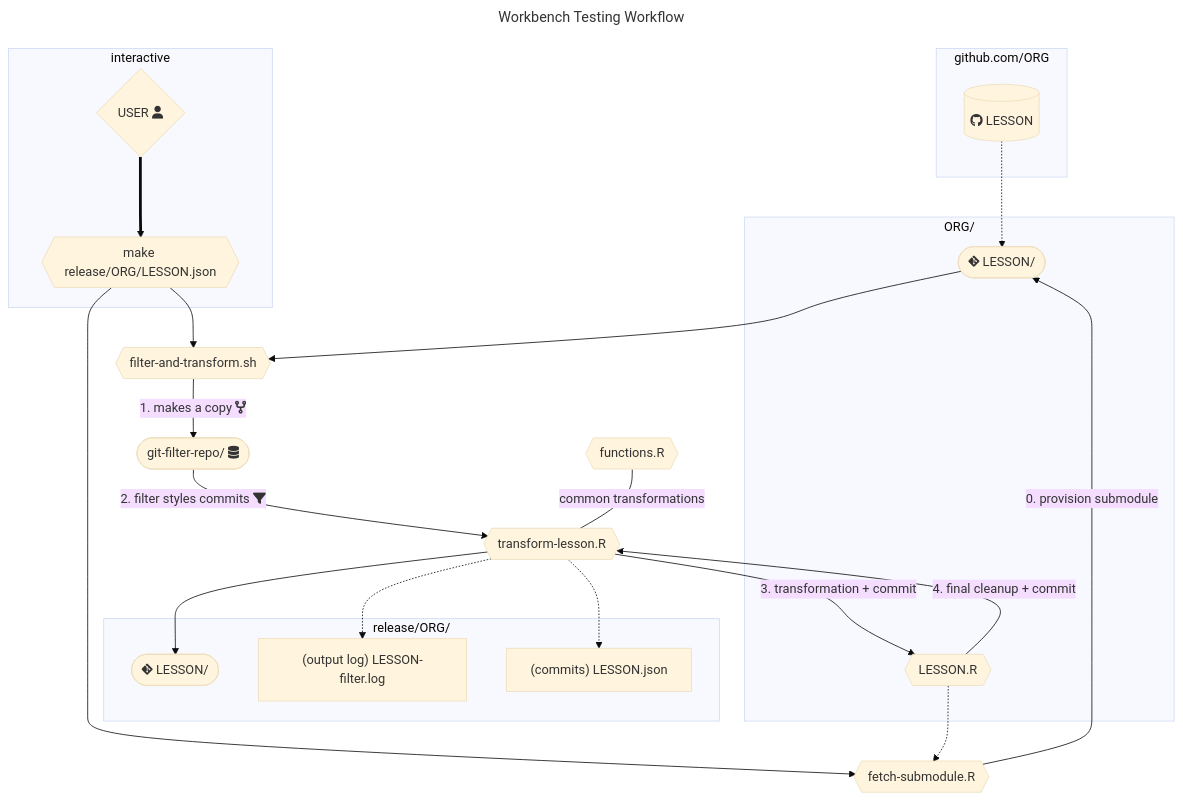
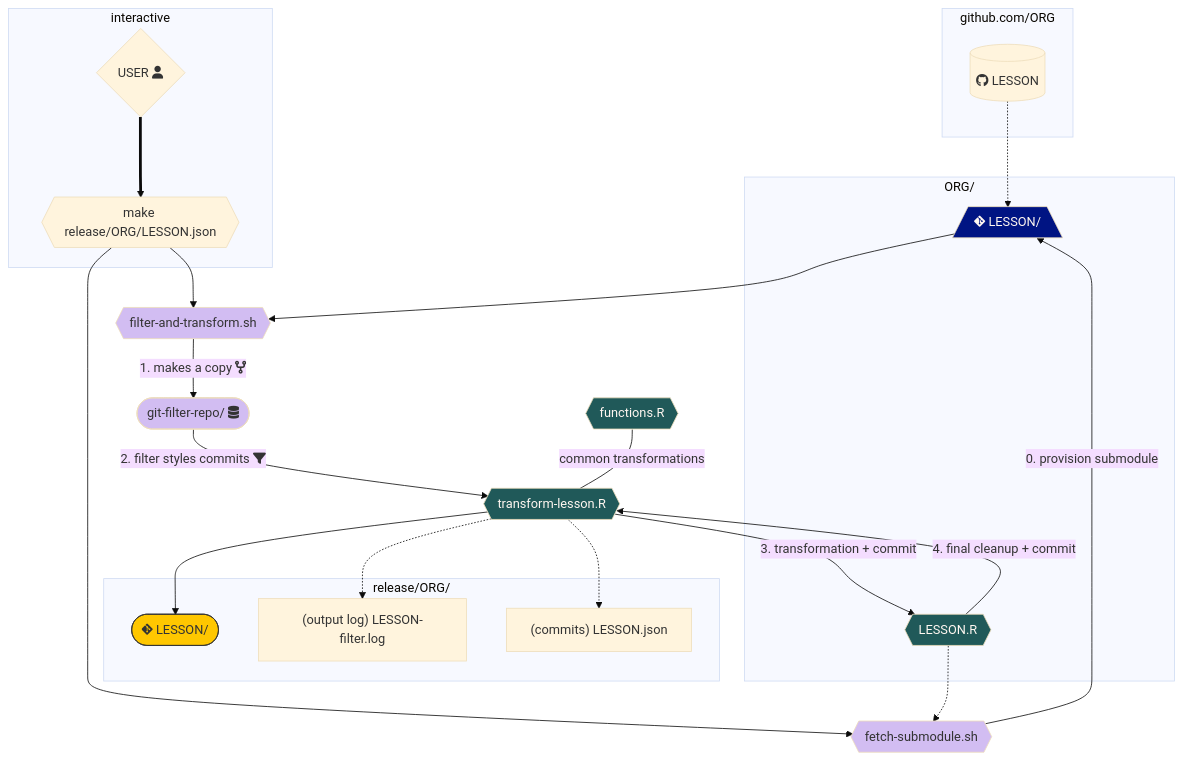
One commit to carpentries/lesson-transition changed the third of 4 diagrams in README.md. Above: the diagram before and after it, drawn with Mermaid (base theme). The commit also changed other lines of this file, not shown here.

Commit message:
add simple graphs and styling

````diff
--- a/README.md
+++ b/README.md
@@ -195,50 +262,51 @@
 ```mermaid
----
-title: "Workbench Testing Workflow"
----
 flowchart TD
+    classDef styles fill:#001483,color:#FFF7F1,stroke-width:1px
+    classDef workbench fill:#FFC700,stroke:#333,stroke-width:1px
+    classDef r fill:#205959,color:#FFF7F1
+    classDef script fill:#D2BDF2
     
     subgraph github.com/ORG
     GH[("fab:fa-github LESSON")]
     end
     
     subgraph interactive
     YOU{"USER fa:fa-user"}
     MK{{"make release/ORG/LESSON.json"}}
     end
     
-    FS{{"fetch-submodule.R"}}
-    FT{{"filter-and-transform.sh"}}
-    GFR(["git-filter-repo/ fa:fa-database"])
-    TL{{"transform-lesson.R"}}
-    FR{{"functions.R"}}
+    FS{{"fetch-submodule.sh"}}:::script
+    FT{{"filter-and-transform.sh"}}:::script
+    GFR(["git-filter-repo/ fa:fa-database"]):::script
+    TL{{"transform-lesson.R"}}:::r
+    FR{{"functions.R"}}:::r
 
     
     subgraph  ORG/
-    SLS{{LESSON.R}}
-    SL(["fab:fa-git-alt LESSON/"])
+    SLS{{LESSON.R}}:::r
+    SL[/"fab:fa-git-alt LESSON/"\]:::styles
     end
 
     subgraph release/ORG/
-    WL(["fab:fa-git-alt LESSON/"])
+    WL(["fab:fa-git-alt LESSON/"]):::workbench
     LOG["(output log) LESSON-filter.log"]
     COMMITS["(commits) LESSON.json"]
 
     end
 
     YOU ==> MK
     GH -.-> SL
     MK --> FS
     SLS -.-> FS
     MK --> FT
     FS -->|"0. provision submodule"| SL
     SL --> FT 
     FT -->|"1. makes a copy fa:fa-code-fork"| GFR
     GFR -->|"2. filter styles commits fa:fa-filter"| TL 
     FR ---|"common transformations"| TL
     TL -->|"3. transformation + commit"| SLS
     SLS -->|"4. final cleanup + commit"| TL
     TL --> WL
     TL -.-> LOG
     TL -.-> COMMITS
 ```
````
